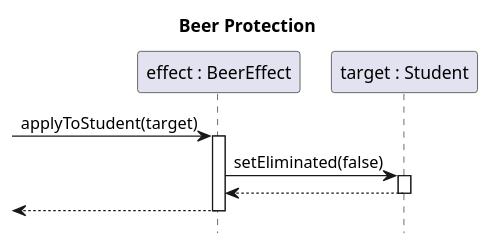
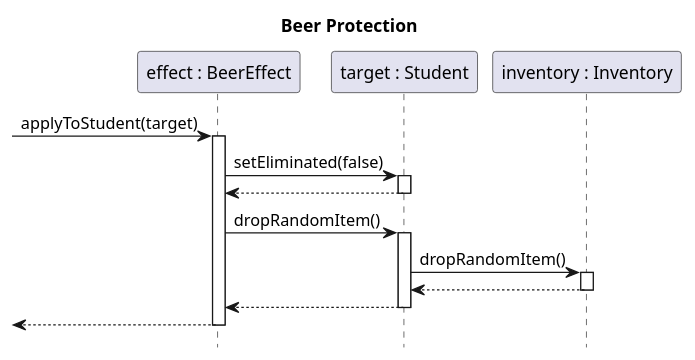
Before and after one commit to sn4k3ch4rm3r/logarlec: the diagram in docs/diagrams/sequence/effect-beer-apply.puml, drawn with PlantUML. The commit also changed 4 other files, not shown here.

Commit message:
Beer drop random item

```diff
--- a/docs/diagrams/sequence/effect-beer-apply.puml
+++ b/docs/diagrams/sequence/effect-beer-apply.puml
@@ -1,14 +1,20 @@
 @startuml effect-beer-apply
 
 title Beer Protection
 hide footbox
 
 participant "effect : BeerEffect" as effect
 participant "target : Student" as target
+participant "inventory : Inventory" as inventory
 
 [-> effect ++: applyToStudent(target)
 	effect -> target ++: setEliminated(false)
 	return
+    effect -> target ++: dropRandomItem()
+        target -> inventory ++: dropRandomItem()
+        return
+    return
+
 return
 
 @enduml
```
